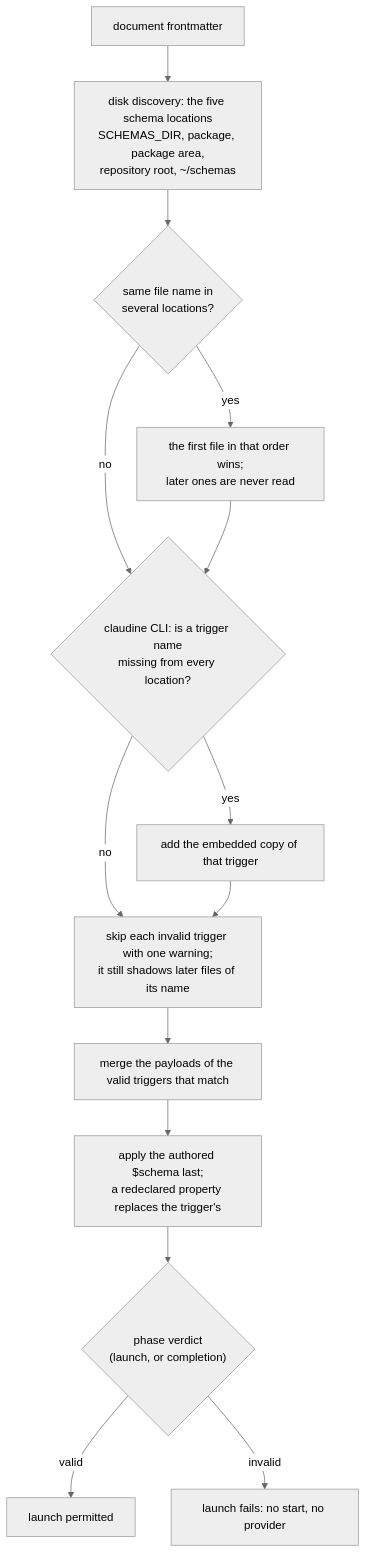
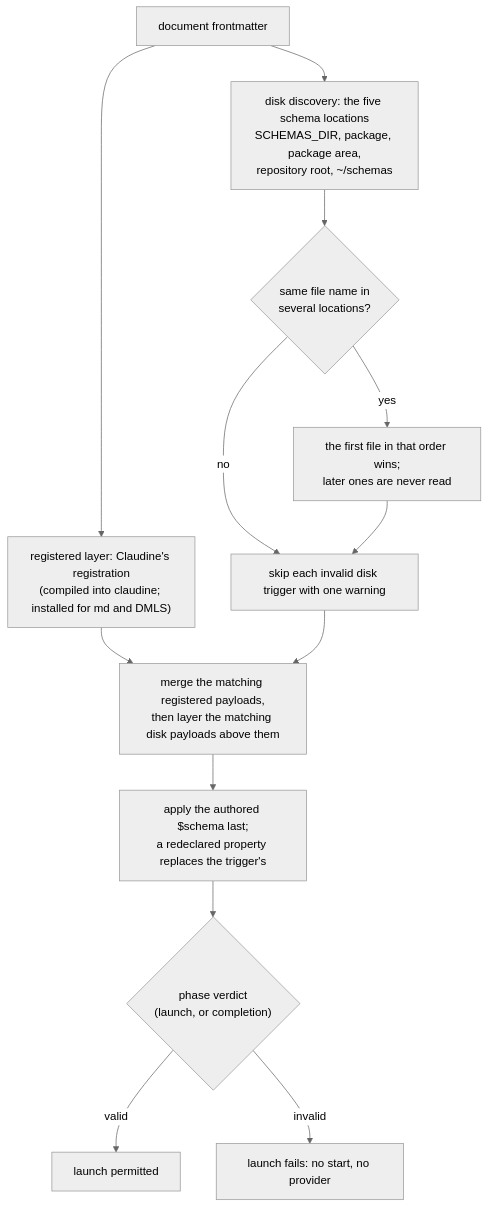
Before and after one commit to yankeeinlondon/rusty-biscuit: the third of 5 diagrams in claudine/docs/topics/schemas.md, drawn with Mermaid (neutral theme). The commit also changed other lines of this file and 139 other files, not shown here.

First line of the commit message:
feat(claudine): publish registered host schemas

````diff
--- a/claudine/docs/topics/schemas.md
+++ b/claudine/docs/topics/schemas.md
@@ -1158,16 +1181,15 @@
 ```mermaid
 flowchart TD
-    D["document frontmatter"] --> R["disk discovery: the five schema locations<br/>SCHEMAS_DIR, package, package area,<br/>repository root, ~/schemas"]
+    D["document frontmatter"] --> G["registered layer: Claudine's registration<br/>(compiled into claudine; installed for md and DMLS)"]
+    D --> R["disk discovery: the five schema locations<br/>SCHEMAS_DIR, package, package area,<br/>repository root, ~/schemas"]
     R --> S{"same file name in<br/>several locations?"}
     S -- yes --> N["the first file in that order wins;<br/>later ones are never read"]
-    S -- no --> M
-    N --> M{"claudine CLI: is a trigger name<br/>missing from every location?"}
-    M -- yes --> E["add the embedded copy of that trigger"]
-    M -- no --> I
-    E --> I["skip each invalid trigger with one warning;<br/>it still shadows later files of its name"]
-    I --> P["merge the payloads of the valid triggers that match"]
+    S -- no --> I
+    N --> I["skip each invalid disk trigger with one warning"]
+    G --> P["merge the matching registered payloads,<br/>then layer the matching disk payloads above them"]
+    I --> P
     P --> A["apply the authored $schema last;<br/>a redeclared property replaces the trigger's"]
     A --> V{"phase verdict<br/>(launch, or completion)"}
     V -- valid --> L["launch permitted"]
     V -- invalid --> F["launch fails: no start, no provider"]
 ```
````
